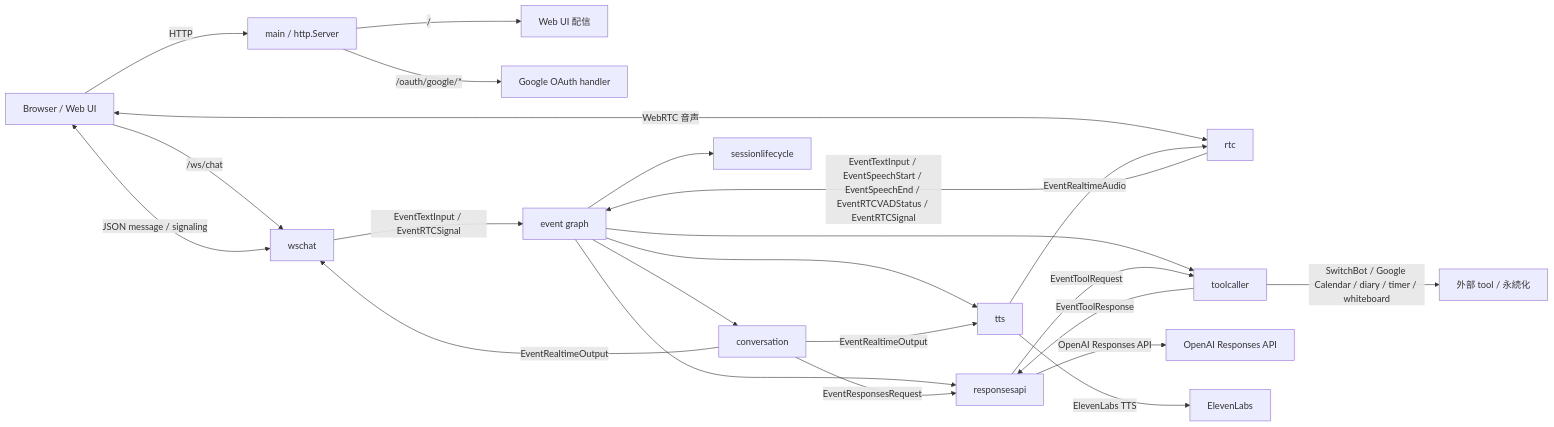
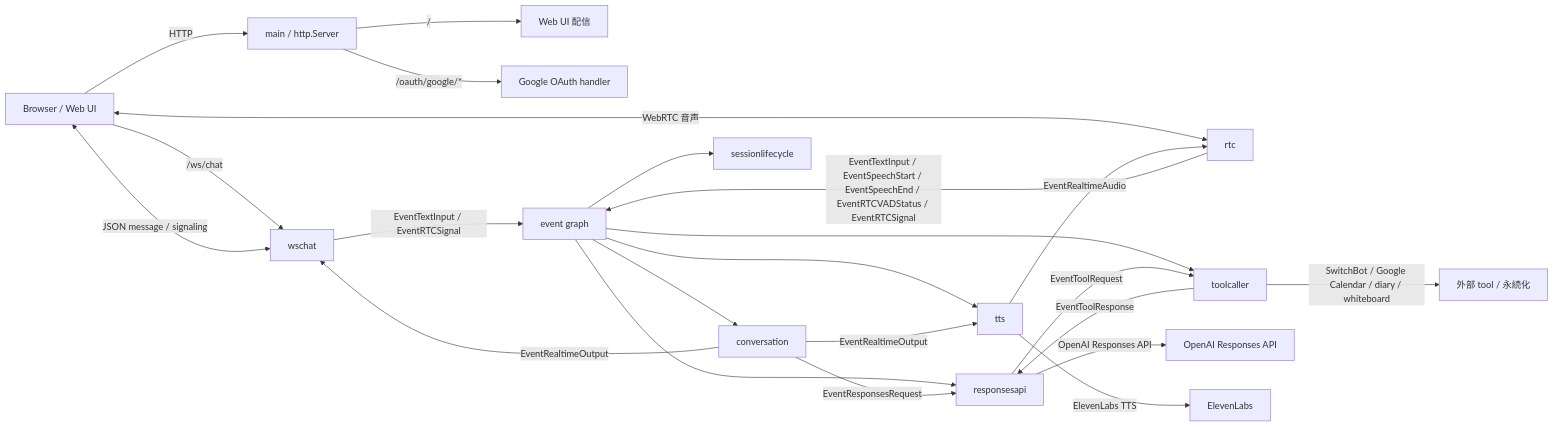
The first of 2 diagrams in docs/architecture.md (tetetratra/smart-speaker), drawn with Mermaid before and after one commit. The commit also changed other lines of this file and 14 other files, not shown here.

````diff
--- a/docs/architecture.md
+++ b/docs/architecture.md
@@ -9,27 +9,27 @@
 ```mermaid
 flowchart LR
   Browser["Browser / Web UI"] -->|HTTP| HTTP["main / http.Server"]
   HTTP -->|/| Static["Web UI 配信"]
   HTTP -->|/oauth/google/*| OAuth["Google OAuth handler"]
   Browser -->|/ws/chat| WS["wschat"]
   Browser <-->|WebRTC 音声| RTC["rtc"]
   WS <-->|JSON message / signaling| Browser
 
   WS -->|EventTextInput / EventRTCSignal| Graph["event graph"]
   RTC -->|EventTextInput / EventSpeechStart / EventSpeechEnd / EventRTCVADStatus / EventRTCSignal| Graph
   Graph --> CONV["conversation"]
   Graph --> LIFE["sessionlifecycle"]
   Graph --> RESP["responsesapi"]
   Graph --> TOOL["toolcaller"]
   Graph --> TTS["tts"]
 
   CONV -->|EventResponsesRequest| RESP
   RESP -->|OpenAI Responses API| OpenAI["OpenAI Responses API"]
   RESP -->|EventToolRequest| TOOL
-  TOOL -->|SwitchBot / Google Calendar / diary / timer / whiteboard| Ext["外部 tool / 永続化"]
+  TOOL -->|SwitchBot / Google Calendar / diary / whiteboard| Ext["外部 tool / 永続化"]
   TOOL -->|EventToolResponse| RESP
   CONV -->|EventRealtimeOutput| TTS
   TTS -->|ElevenLabs TTS| ElevenLabs["ElevenLabs"]
   TTS -->|EventRealtimeAudio| RTC
   CONV -->|EventRealtimeOutput| WS
 ```
````
